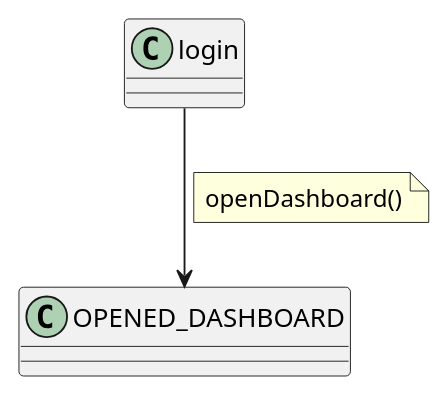
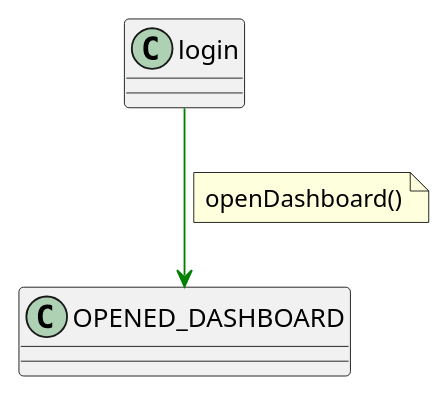
Before and after one commit to Hexcss/scheduler: the eighth of 9 diagrams in conversation-log.md, drawn with PlantUML. The commit also changed other lines of this file and 1 other file, not shown here.

````diff
--- a/conversation-log.md
+++ b/conversation-log.md
@@ -1206,6 +1206,6 @@
 ```plantuml
-login --> OPENED_DASHBOARD
+login -[#green]-> OPENED_DASHBOARD
 note on link
 openDashboard()
 end note
 ```
````
